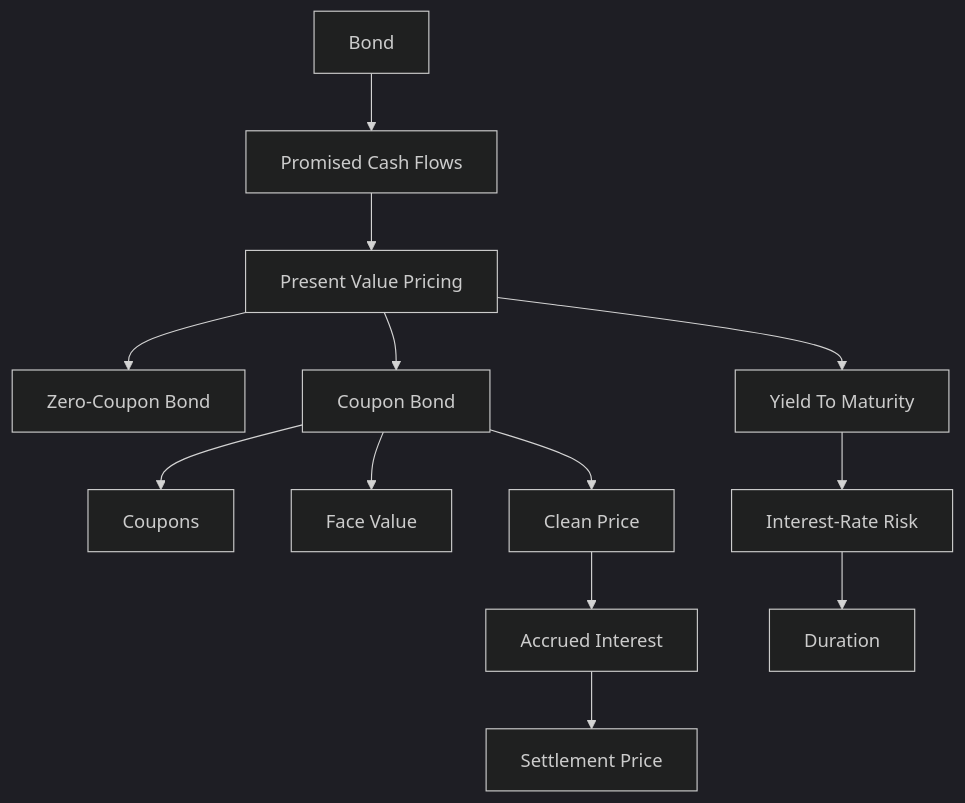
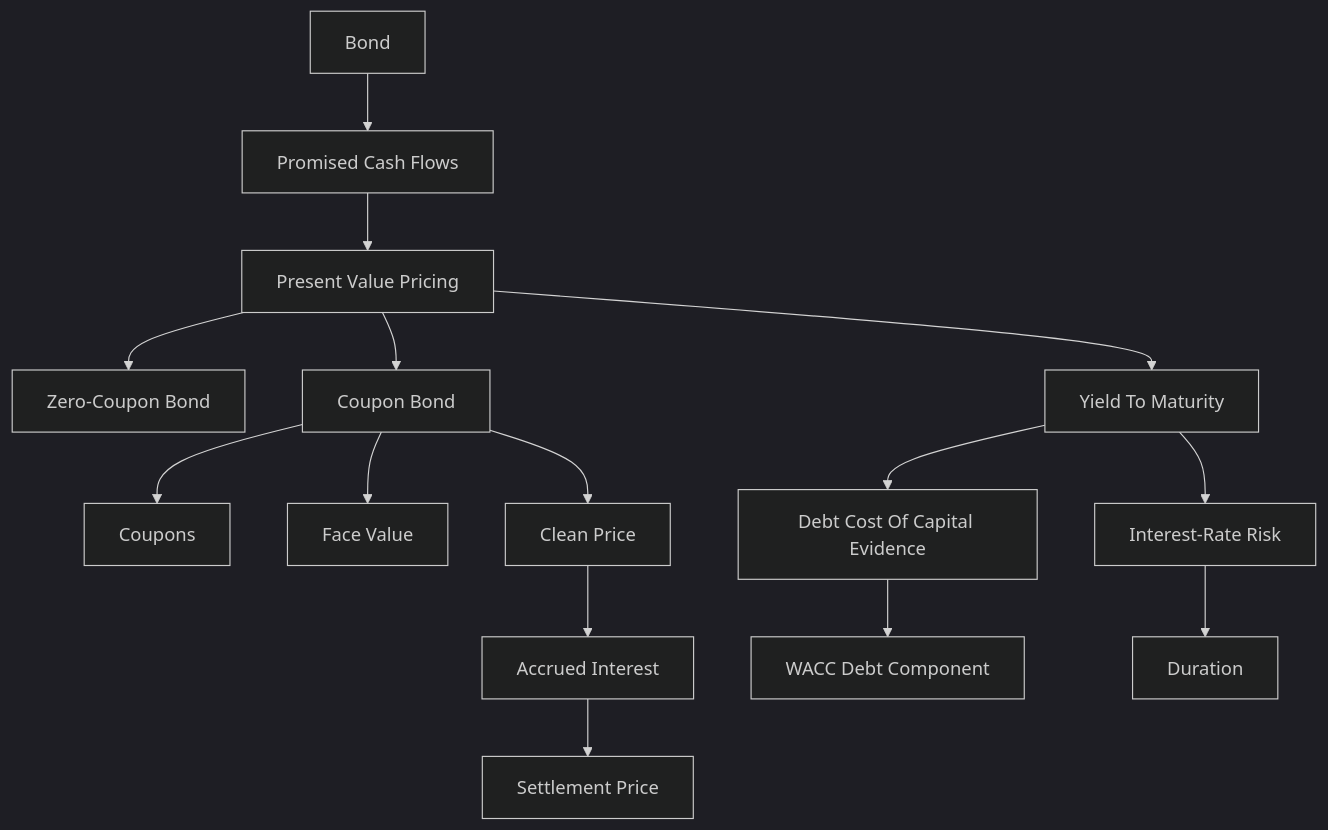
One commit to aerkn1/TUM-semester-2 changed the diagram in finance-and-investment-management/wiki/exercise-06-bonds-i/CONTEXT.md. Above: the diagram before and after it, drawn with Mermaid (dark theme). The commit also changed other lines of this file and 173 other files, not shown here.

````diff
--- a/finance-and-investment-management/wiki/exercise-06-bonds-i/CONTEXT.md
+++ b/finance-and-investment-management/wiki/exercise-06-bonds-i/CONTEXT.md
@@ -97,15 +124,17 @@
 ```mermaid
 flowchart TD
     B[Bond] --> CF[Promised Cash Flows]
     CF --> PV[Present Value Pricing]
     PV --> ZB[Zero-Coupon Bond]
     PV --> CB[Coupon Bond]
     CB --> C[Coupons]
     CB --> FV[Face Value]
     PV --> YTM[Yield To Maturity]
+    YTM --> RD[Debt Cost Of Capital Evidence]
+    RD --> WACC[WACC Debt Component]
     CB --> CLEAN[Clean Price]
     CLEAN --> ACC[Accrued Interest]
     ACC --> SETTLE[Settlement Price]
     YTM --> RISK[Interest-Rate Risk]
     RISK --> DUR[Duration]
 ```
````
